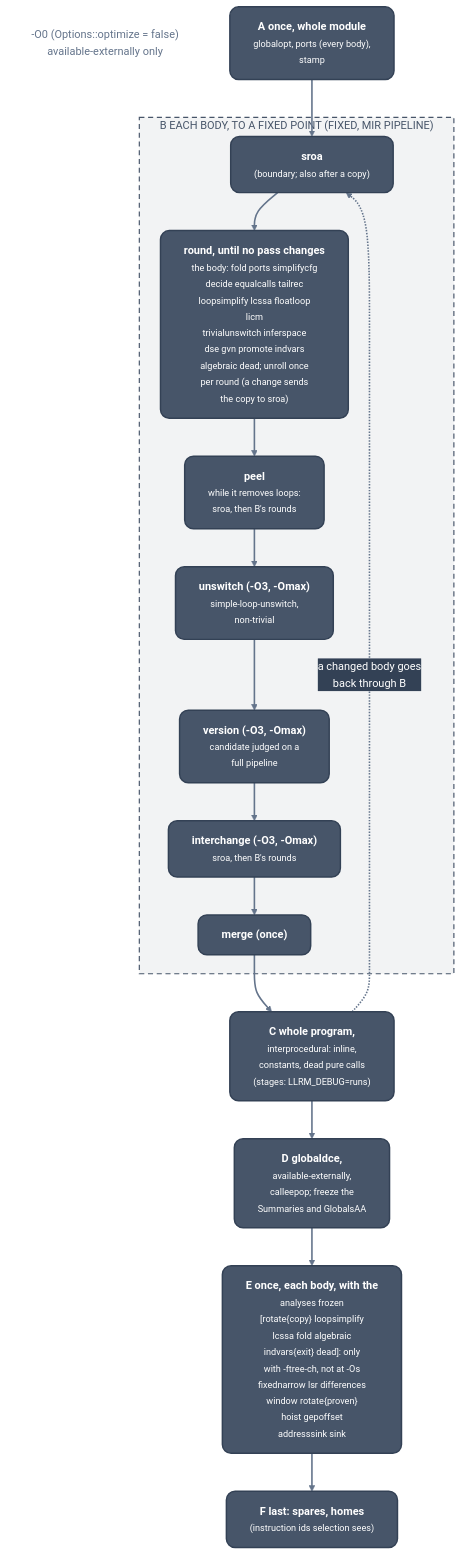
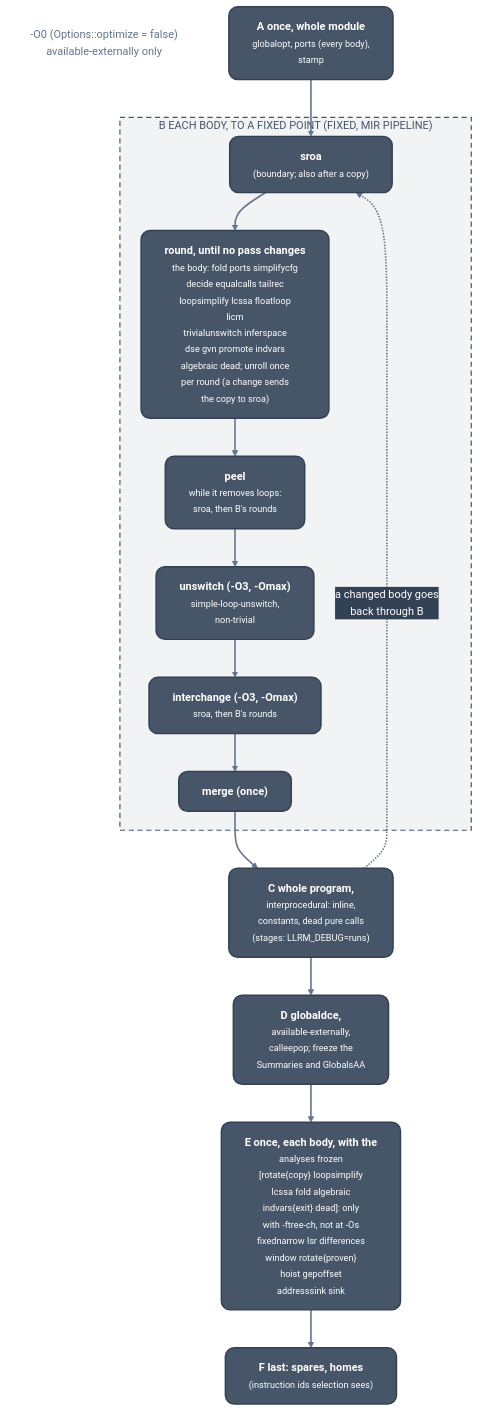
The diagram in docs/optimizations/passes/pipeline.md (ali-mosavian/llrm), drawn with Mermaid before and after one commit. The commit also changed other lines of this file and 17 other files, not shown here.

First line of the commit message:
refactor(pipeline): delete loopversion, versionalias, candidate

````diff
--- a/docs/optimizations/passes/pipeline.md
+++ b/docs/optimizations/passes/pipeline.md
@@ -22,35 +22,33 @@
 ```mermaid
 %%{init: {'theme':'base','themeVariables':{'fontFamily':'Segoe UI, Helvetica Neue, Arial, DejaVu Sans, sans-serif','fontSize':'15px','primaryColor':'#475569','primaryTextColor':'#ffffff','primaryBorderColor':'#334155','lineColor':'#64748b','secondaryColor':'#475569','tertiaryColor':'transparent','clusterBkg':'transparent','clusterBorder':'#64748b','edgeLabelBackground':'#334155','textColor':'#64748b','titleColor':'#64748b'},'flowchart':{'curve':'basis','nodeSpacing':38,'rankSpacing':52,'padding':16,'wrappingWidth':360,'htmlLabels':true,'useMaxWidth':true}}}%%
 flowchart TB
   classDef mid fill:#475569,stroke:#334155,stroke-width:2px,color:#ffffff,rx:12px,ry:12px
   classDef note fill:transparent,stroke:transparent,color:#64748b
   linkStyle default stroke:#64748b,stroke-width:2.2px
   o0["-O0 (Options::optimize = false)<br/>available-externally only"]:::note
   a["<b>A  once, whole module</b><br/><small>globalopt, ports (every body),<br/>stamp</small>"]:::mid
   subgraph g_b["B  EACH BODY, TO A FIXED POINT (FIXED, MIR PIPELINE)"]
     sroa["<b>sroa</b><br/><small>(boundary#59; also after a copy)</small>"]:::mid
     rnd["<b>round, until no pass changes</b><br/><small>the body: fold ports simplifycfg<br/>decide equalcalls tailrec<br/>loopsimplify lcssa floatloop<br/>licm<br/>trivialunswitch inferspace<br/>dse gvn promote indvars<br/>algebraic dead#59; unroll once<br/>per round (a change sends<br/>the copy to sroa)</small>"]:::mid
     peel["<b>peel</b><br/><small>while it removes loops:<br/>sroa, then B's rounds</small>"]:::mid
     unsw["<b>unswitch (-O3, -Omax)</b><br/><small>simple-loop-unswitch,<br/>non-trivial</small>"]:::mid
-    ver["<b>version (-O3, -Omax)</b><br/><small>candidate judged on a<br/>full pipeline</small>"]:::mid
     swap["<b>interchange (-O3, -Omax)</b><br/><small>sroa, then B's rounds</small>"]:::mid
     mrg["<b>merge (once)</b>"]:::mid
   end
   c["<b>C  whole program,</b><br/><small>interprocedural: inline,<br/>constants, dead pure calls<br/>(stages: LLRM_DEBUG=runs)</small>"]:::mid
   d["<b>D  globaldce,</b><br/><small>available-externally,<br/>calleepop#59; freeze the<br/>Summaries and GlobalsAA</small>"]:::mid
   e["<b>E  once, each body, with the</b><br/><small>analyses frozen<br/>[rotate#123;copy#125; loopsimplify<br/>lcssa fold algebraic<br/>indvars#123;exit#125; dead]: only<br/>with -ftree-ch, not at -Os<br/>fixednarrow lsr differences<br/>window rotate#123;proven#125;<br/>hoist gepoffset<br/>addresssink sink</small>"]:::mid
   f["<b>F  last: spares, homes</b><br/><small>(instruction ids selection sees)</small>"]:::mid
   a --> sroa
   sroa --> rnd
   rnd --> peel
   peel --> unsw
-  unsw --> ver
-  ver --> swap
+  unsw --> swap
   swap --> mrg
   mrg --> c
   c -.->|"a changed body goes<br/>back through B"| sroa
   c --> d
   d --> e
   e --> f
   style g_b fill:#47556912,stroke:#475569,stroke-width:1.6px,stroke-dasharray:7 5,color:#475569
 ```
````
